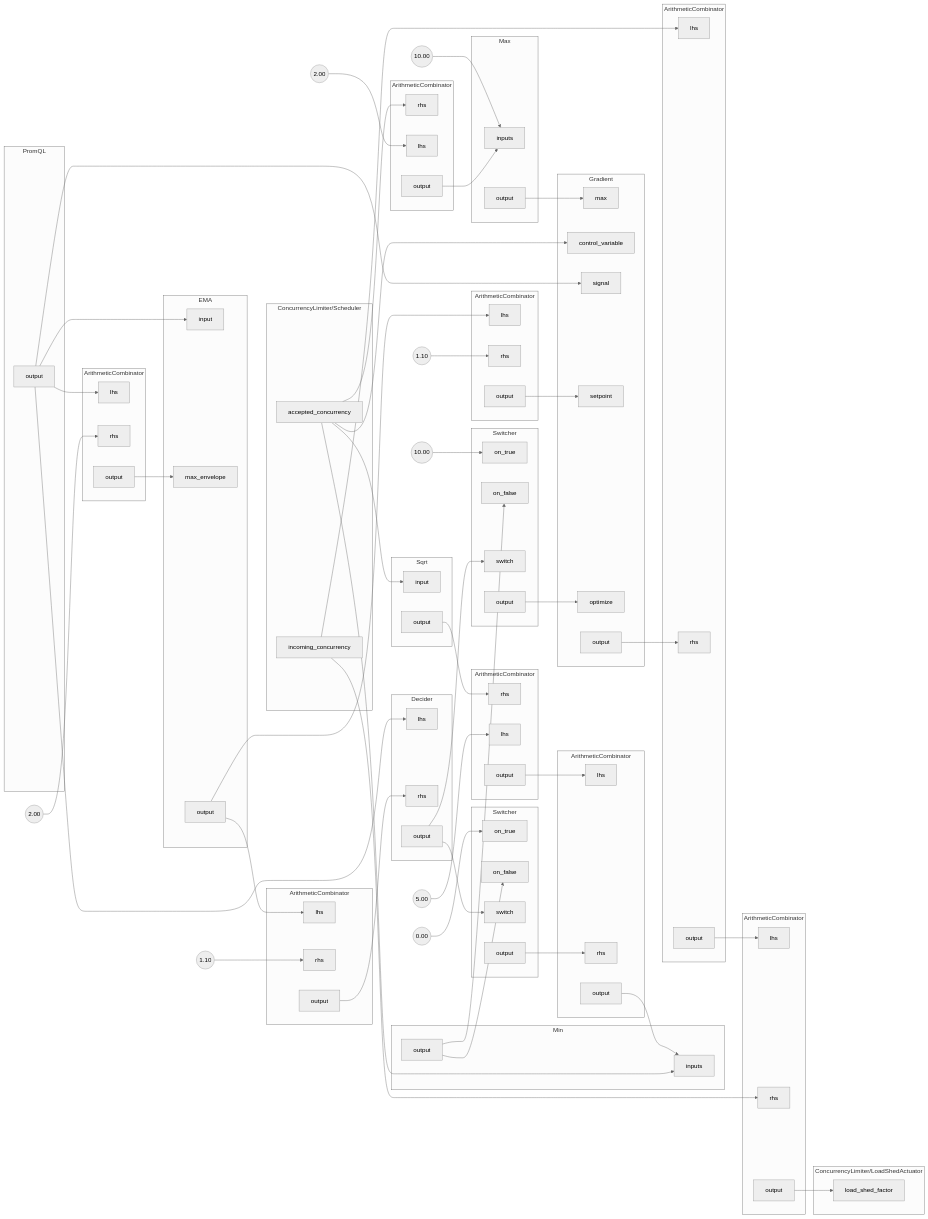
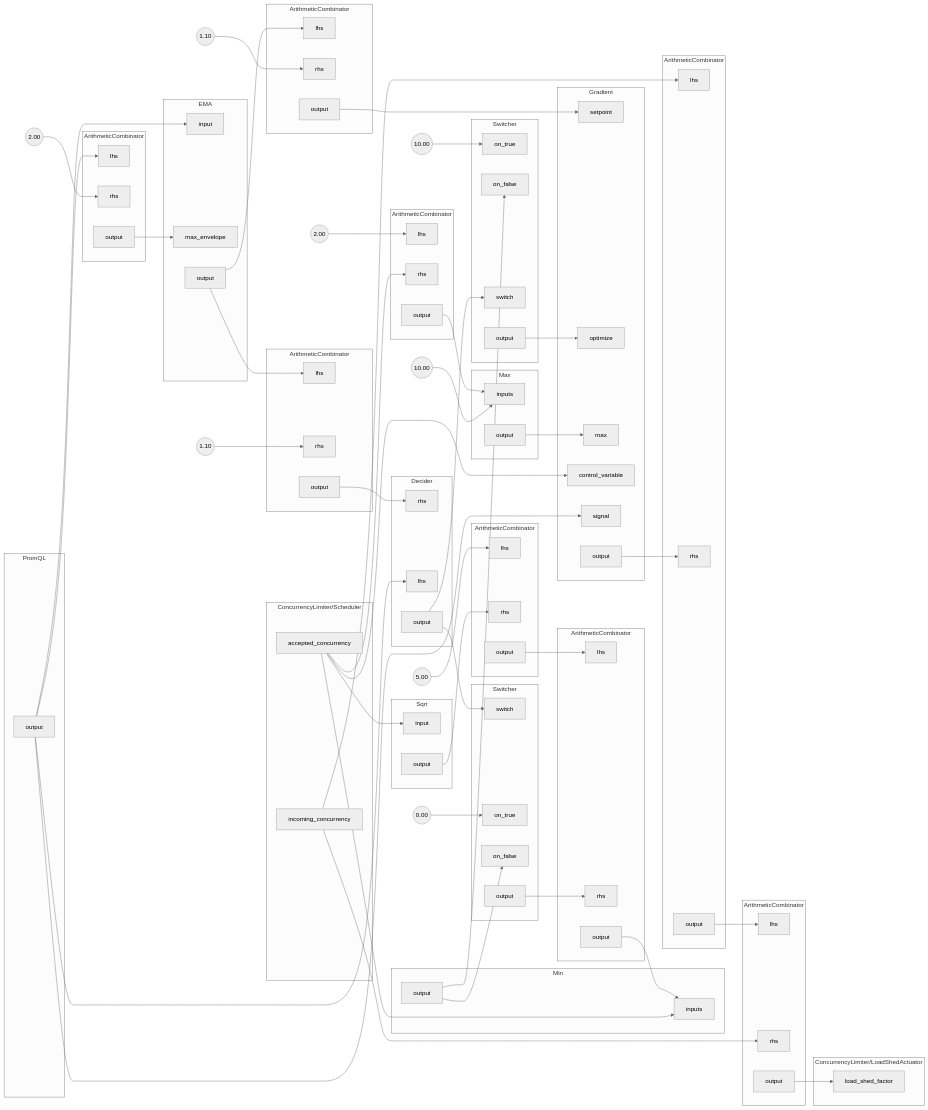
Before and after one commit to fluxninja/aperture: the diagram in docs/content/policies/assets/gen/blueprints/jsonnet/blueprints_0.mmd, drawn with Mermaid (neutral theme). The commit also changed other lines of this file and 20 other files, not shown here.

```diff
--- a/docs/content/policies/assets/gen/blueprints/jsonnet/blueprints_0.mmd
+++ b/docs/content/policies/assets/gen/blueprints/jsonnet/blueprints_0.mmd
@@ -1,140 +1,140 @@
 flowchart LR
 subgraph 0[ArithmeticCombinator]
 0lhs[lhs]
 0rhs[rhs]
 0output[output]
 end
 FakeConstant0((2.00))
 FakeConstant0 --> 0rhs
 subgraph 1[ArithmeticCombinator]
 1lhs[lhs]
 1rhs[rhs]
 1output[output]
 end
 FakeConstant1((1.10))
 FakeConstant1 --> 1rhs
 subgraph 2[ArithmeticCombinator]
 2lhs[lhs]
 2rhs[rhs]
 2output[output]
 end
 subgraph 3[ArithmeticCombinator]
 3lhs[lhs]
 3rhs[rhs]
 3output[output]
 end
 subgraph 4[ArithmeticCombinator]
+4lhs[lhs]
 4rhs[rhs]
-4lhs[lhs]
 4output[output]
 end
 FakeConstant2((2.00))
 FakeConstant2 --> 4lhs
 subgraph 5[ArithmeticCombinator]
 5lhs[lhs]
 5rhs[rhs]
 5output[output]
 end
 FakeConstant3((1.10))
 FakeConstant3 --> 5rhs
 subgraph 6[ArithmeticCombinator]
+6lhs[lhs]
 6rhs[rhs]
-6lhs[lhs]
 6output[output]
 end
 FakeConstant4((5.00))
 FakeConstant4 --> 6lhs
 subgraph 7[ArithmeticCombinator]
 7lhs[lhs]
 7rhs[rhs]
 7output[output]
 end
 subgraph 8[Min]
 8inputs[inputs]
 8inputs[inputs]
 8output[output]
 end
 subgraph 9[Max]
 9inputs[inputs]
 9inputs[inputs]
 9output[output]
 end
 FakeConstant5((10.00))
 FakeConstant5 --> 9inputs
 subgraph 10[Sqrt]
 10input[input]
 10output[output]
 end
 subgraph 11[PromQL]
 11output[output]
 end
 subgraph 12[EMA]
 12input[input]
 12max_envelope[max_envelope]
 12output[output]
 end
 subgraph 13[Gradient]
+13setpoint[setpoint]
+13optimize[optimize]
 13max[max]
 13control_variable[control_variable]
 13signal[signal]
-13setpoint[setpoint]
-13optimize[optimize]
 13output[output]
 end
 subgraph 14.Scheduler[ConcurrencyLimiter/Scheduler]
+14.Schedulerincoming_concurrency[incoming_concurrency]
 14.Scheduleraccepted_concurrency[accepted_concurrency]
-14.Schedulerincoming_concurrency[incoming_concurrency]
 end
 subgraph 14.LoadShedActuator[ConcurrencyLimiter/LoadShedActuator]
 14.LoadShedActuatorload_shed_factor[load_shed_factor]
 end
 subgraph 17[Switcher]
+17switch[switch]
 17on_true[on_true]
 17on_false[on_false]
-17switch[switch]
 17output[output]
 end
 FakeConstant6((0.00))
 FakeConstant6 --> 17on_true
 subgraph 16[Switcher]
 16on_true[on_true]
 16on_false[on_false]
 16switch[switch]
 16output[output]
 end
 FakeConstant7((10.00))
 FakeConstant7 --> 16on_true
 subgraph 15[Decider]
+15rhs[rhs]
 15lhs[lhs]
-15rhs[rhs]
 15output[output]
 end
-17output --> 7rhs
-3output --> 14.LoadShedActuatorload_shed_factor
-9output --> 13max
+8output --> 16on_false
+8output --> 17on_false
 11output --> 0lhs
 11output --> 12input
 11output --> 13signal
 11output --> 15lhs
-12output --> 1lhs
-12output --> 5lhs
-13output --> 2rhs
-0output --> 12max_envelope
-2output --> 3lhs
-4output --> 9inputs
-10output --> 6rhs
 14.Schedulerincoming_concurrency --> 2lhs
 14.Schedulerincoming_concurrency --> 3rhs
-5output --> 15rhs
-7output --> 8inputs
-8output --> 16on_false
-8output --> 17on_false
-15output --> 16switch
-15output --> 17switch
-16output --> 13optimize
-1output --> 13setpoint
-6output --> 7lhs
 14.Scheduleraccepted_concurrency --> 4rhs
 14.Scheduleraccepted_concurrency --> 8inputs
 14.Scheduleraccepted_concurrency --> 10input
 14.Scheduleraccepted_concurrency --> 13control_variable
+16output --> 13optimize
+0output --> 12max_envelope
+3output --> 14.LoadShedActuatorload_shed_factor
+2output --> 3lhs
+4output --> 9inputs
+5output --> 15rhs
+6output --> 7lhs
+12output --> 1lhs
+12output --> 5lhs
+15output --> 16switch
+15output --> 17switch
+17output --> 7rhs
+1output --> 13setpoint
+7output --> 8inputs
+9output --> 13max
+10output --> 6rhs
+13output --> 2rhs
```
